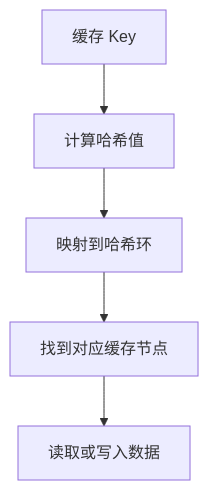
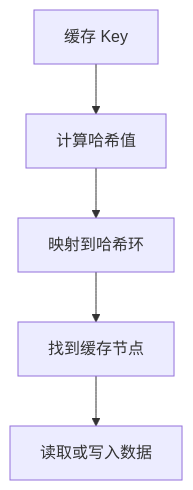
The sixth of 11 diagrams in src/content/blog/Software-Construction/Chap07.md (crashingby/homepage), drawn with Mermaid before and after one commit. The commit also changed other lines of this file and 6 other files, not shown here.

````diff
--- a/src/content/blog/Software-Construction/Chap07.md
+++ b/src/content/blog/Software-Construction/Chap07.md
@@ -332,7 +275,7 @@
 ```mermaid
 flowchart TD
-  A["缓存 Key"] --> B["计算哈希值"]
-  B --> C["映射到哈希环"]
-  C --> D["找到对应缓存节点"]
-  D --> E["读取或写入数据"]
+  Key["缓存 Key"] --> Hash["计算哈希值"]
+  Hash --> Ring["映射到哈希环"]
+  Ring --> Node["找到缓存节点"]
+  Node --> RW["读取或写入数据"]
 ```
````
